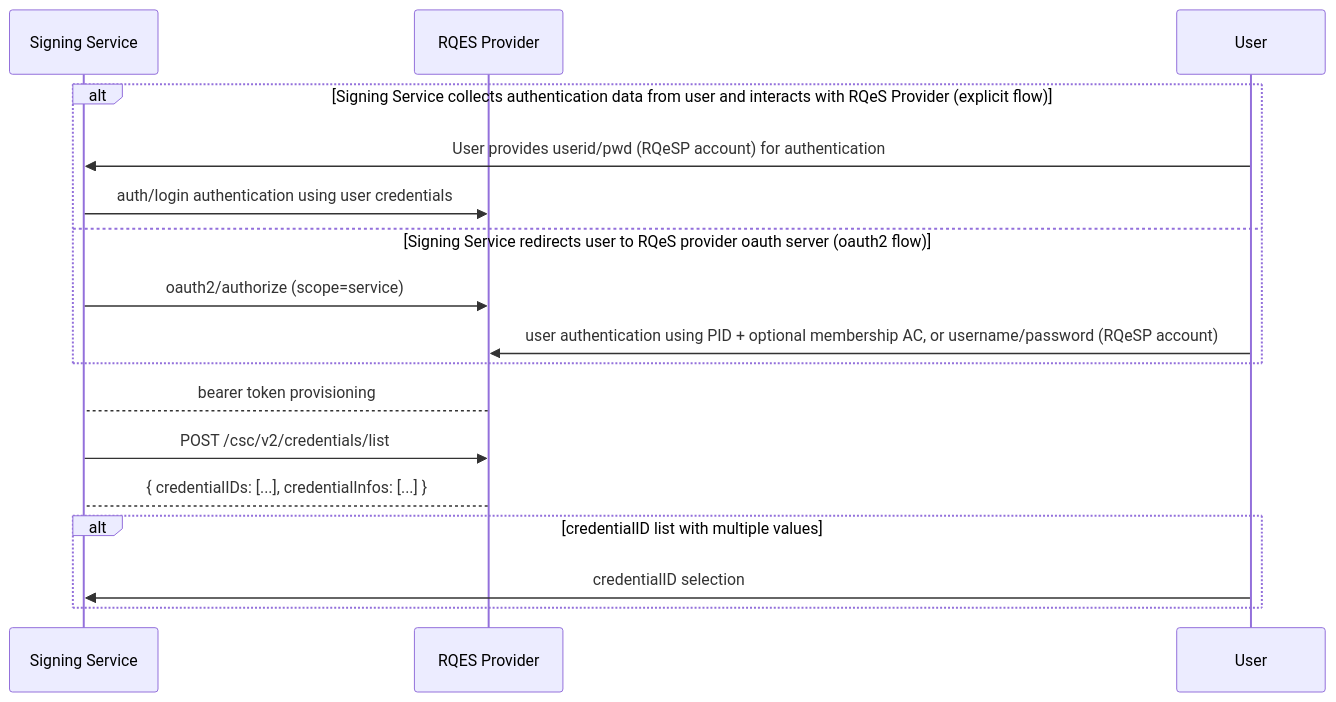
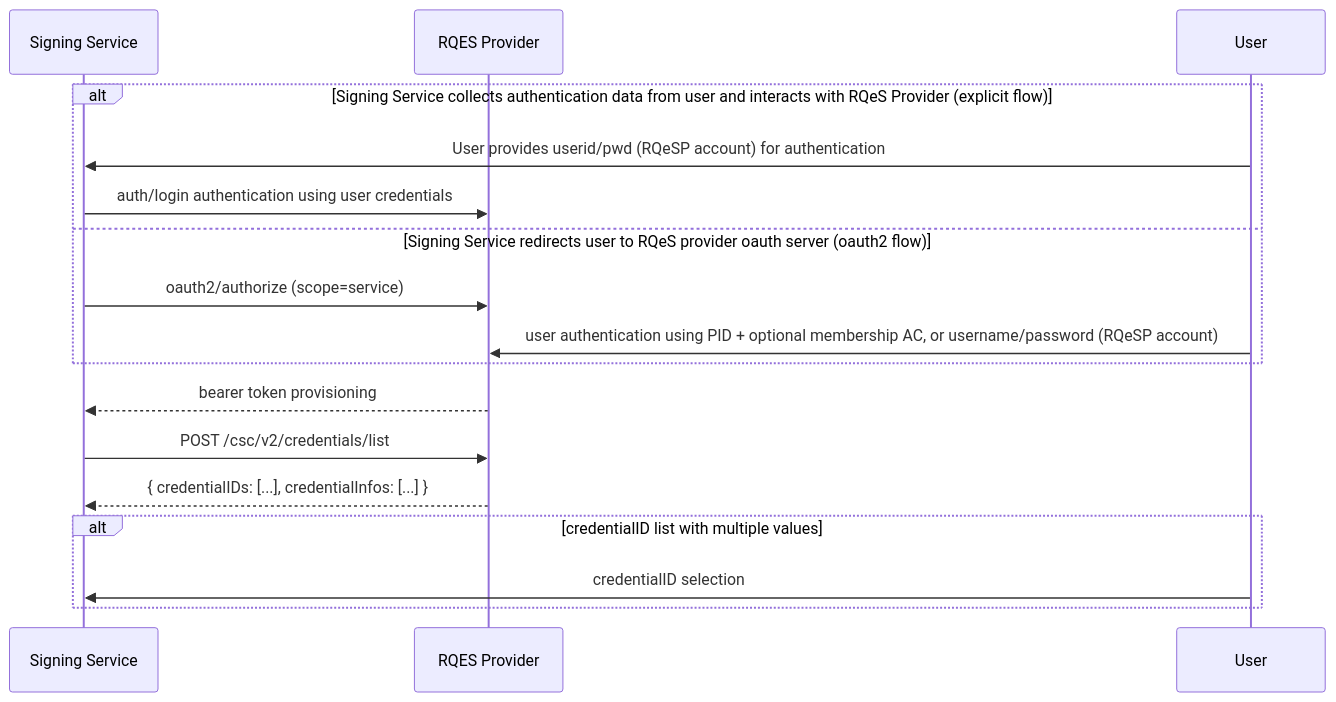
Before and after one commit to EWC-consortium/eudi-wallet-rfcs: the fourth of 7 diagrams in ewc-rfc010-long-term-certifice-qes-creation.md, drawn with Mermaid. The commit also changed other lines of this file, not shown here.

````diff
--- a/ewc-rfc010-long-term-certifice-qes-creation.md
+++ b/ewc-rfc010-long-term-certifice-qes-creation.md
@@ -285,24 +285,24 @@
 ```mermaid
 %% credentialList
   sequenceDiagram
     participant Signing Service
     participant RQES Provider
 
   
    alt Signing Service collects authentication data from user and interacts with RQeS Provider (explicit flow)
         User->>Signing Service: User provides userid/pwd (RQeSP account) for authentication  
         Signing Service->>RQES Provider: auth/login authentication using user credentials
    else Signing Service redirects user to RQeS provider oauth server (oauth2 flow)
         Signing Service->>RQES Provider: oauth2/authorize (scope=service)
         User->>RQES Provider: user authentication using PID + optional membership AC, or username/password (RQeSP account)
    end 
 
-   RQES Provider-->Signing Service: bearer token provisioning
+   RQES Provider-->>Signing Service: bearer token provisioning
    Signing Service->>RQES Provider: POST /csc/v2/credentials/list
-   RQES Provider-->Signing Service: { credentialIDs: [...], credentialInfos: [...] }
+   RQES Provider-->>Signing Service: { credentialIDs: [...], credentialInfos: [...] }
    
    alt credentialID list with multiple values
         User->>Signing Service: credentialID selection
    end
 
 ```
````
